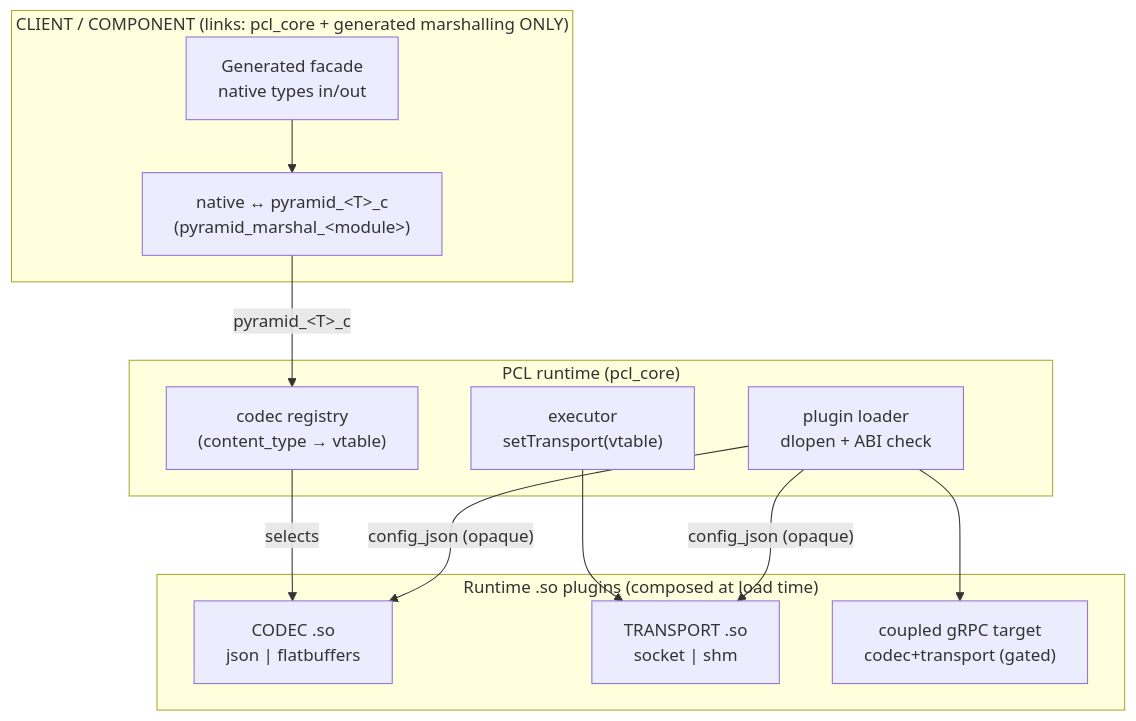
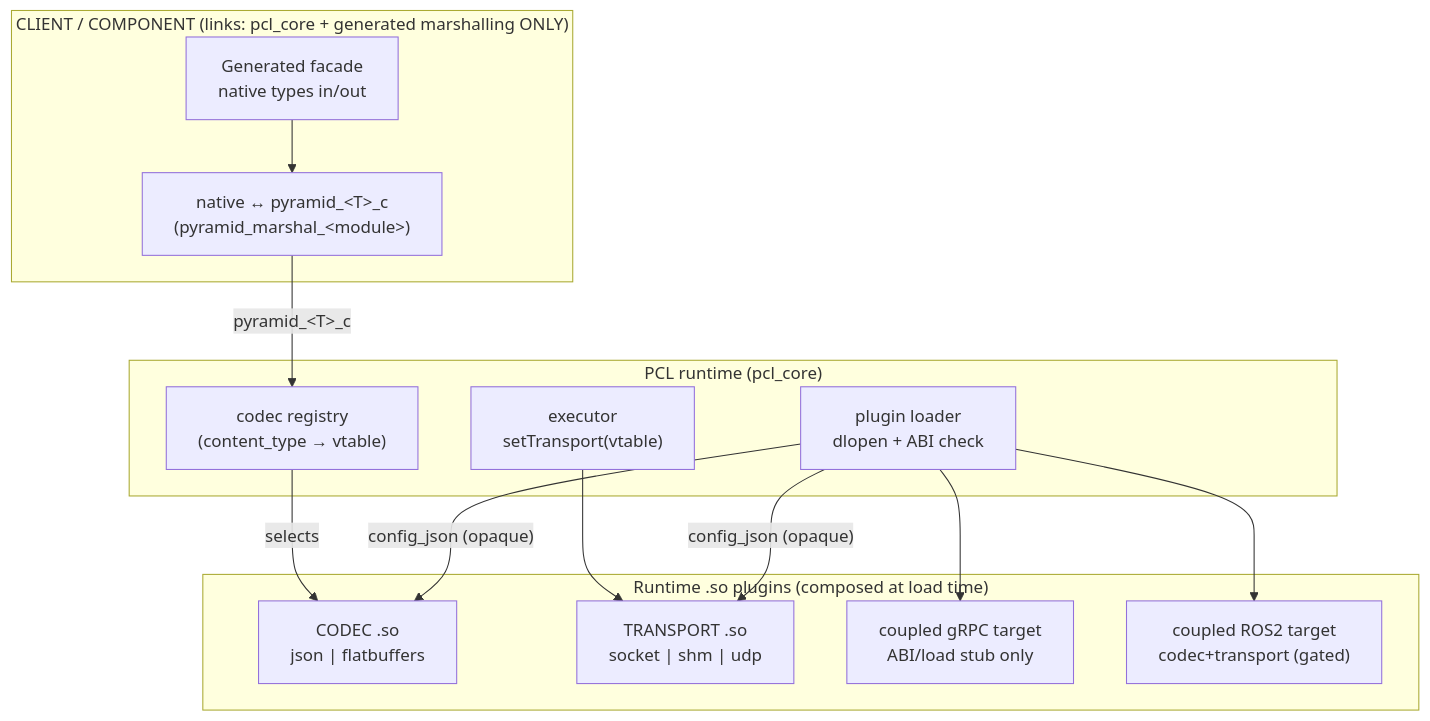
One commit to Ackoogin/mujin changed the first of 4 diagrams in subprojects/PYRAMID/doc/architecture/transport_codec_plugin_system.md. Above: the diagram before and after it, drawn with Mermaid. The commit also changed other lines of this file and 4 other files, not shown here.

````diff
--- a/subprojects/PYRAMID/doc/architecture/transport_codec_plugin_system.md
+++ b/subprojects/PYRAMID/doc/architecture/transport_codec_plugin_system.md
@@ -22,27 +24,29 @@
 ```mermaid
 flowchart TB
   subgraph Client["CLIENT / COMPONENT  (links: pcl_core + generated marshalling ONLY)"]
     Facade["Generated facade<br/>native types in/out"]
     Marshal["native ↔ pyramid_&lt;T&gt;_c<br/>(pyramid_marshal_&lt;module&gt;)"]
     Facade --> Marshal
   end
 
   subgraph Registry["PCL runtime (pcl_core)"]
     CodecReg["codec registry<br/>(content_type → vtable)"]
     Exec["executor<br/>setTransport(vtable)"]
     Loader["plugin loader<br/>dlopen + ABI check"]
   end
 
   subgraph Plugins["Runtime .so plugins (composed at load time)"]
     CodecSO["CODEC .so<br/>json | flatbuffers"]
-    TransSO["TRANSPORT .so<br/>socket | shm"]
-    Grpc["coupled gRPC target<br/>codec+transport (gated)"]
+    TransSO["TRANSPORT .so<br/>socket | shm | udp"]
+    Grpc["coupled gRPC target<br/>ABI/load stub only"]
+    Ros2["coupled ROS2 target<br/>codec+transport (gated)"]
   end
 
   Marshal -- "pyramid_&lt;T&gt;_c" --> CodecReg
   CodecReg -- selects --> CodecSO
   Exec --> TransSO
   Loader -- "config_json (opaque)" --> CodecSO
   Loader -- "config_json (opaque)" --> TransSO
   Loader --> Grpc
+  Loader --> Ros2
 ```
````
